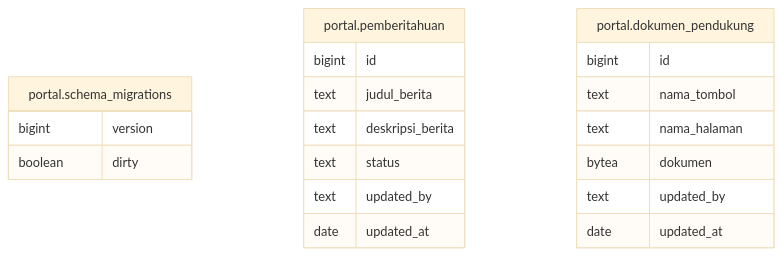
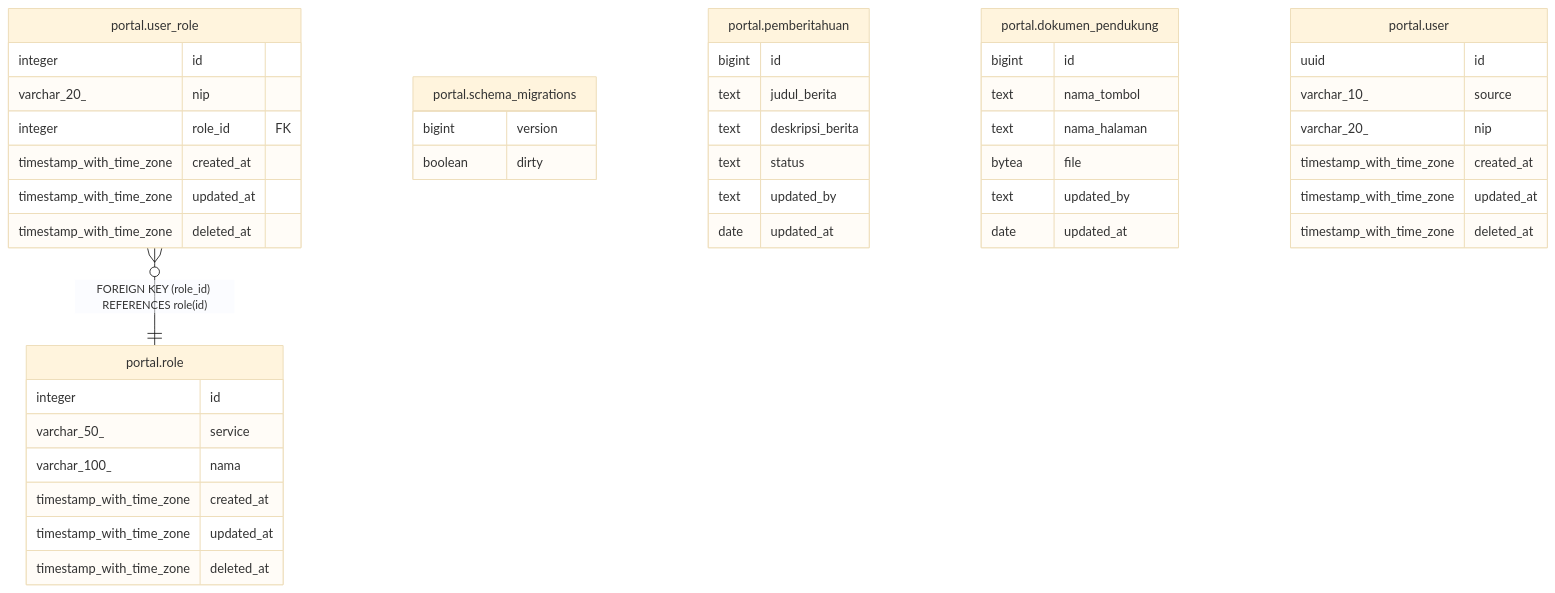
Before and after one commit to nandanugg/triforce.nvim: the diagram in services/portal/docs/db/README.md, drawn with Mermaid (base theme). The commit also changed other lines of this file and 29 other files, not shown here.

Commit message:
[NEXUS-120] Move User & Role Table to Portal and Add Enrich Token Mechanism

````diff
--- a/services/portal/docs/db/README.md
+++ b/services/portal/docs/db/README.md
@@ -13,25 +16,50 @@
 ```mermaid
 erDiagram
 
+"portal.user_role" }o--|| "portal.role" : "FOREIGN KEY (role_id) REFERENCES role(id)"
 
 "portal.schema_migrations" {
   bigint version
   boolean dirty
 }
 "portal.pemberitahuan" {
   bigint id
   text judul_berita
   text deskripsi_berita
   text status
   text updated_by
   date updated_at
 }
 "portal.dokumen_pendukung" {
   bigint id
   text nama_tombol
   text nama_halaman
-  bytea dokumen
+  bytea file
   text updated_by
   date updated_at
 }
+"portal.user" {
+  uuid id
+  varchar_10_ source
+  varchar_20_ nip
+  timestamp_with_time_zone created_at
+  timestamp_with_time_zone updated_at
+  timestamp_with_time_zone deleted_at
+}
+"portal.role" {
+  integer id
+  varchar_50_ service
+  varchar_100_ nama
+  timestamp_with_time_zone created_at
+  timestamp_with_time_zone updated_at
+  timestamp_with_time_zone deleted_at
+}
+"portal.user_role" {
+  integer id
+  varchar_20_ nip
+  integer role_id FK
+  timestamp_with_time_zone created_at
+  timestamp_with_time_zone updated_at
+  timestamp_with_time_zone deleted_at
+}
 ```
````
